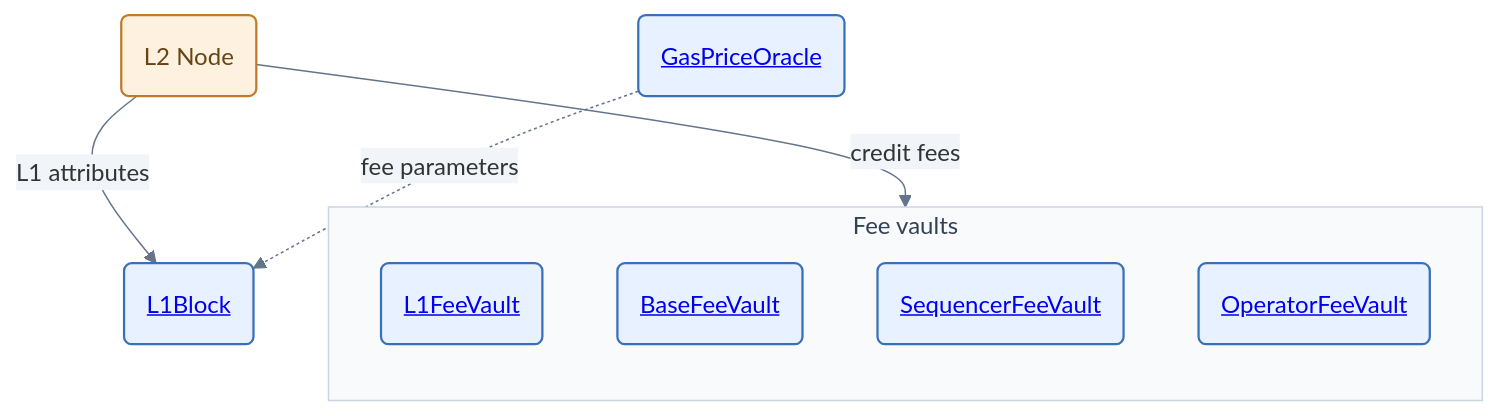
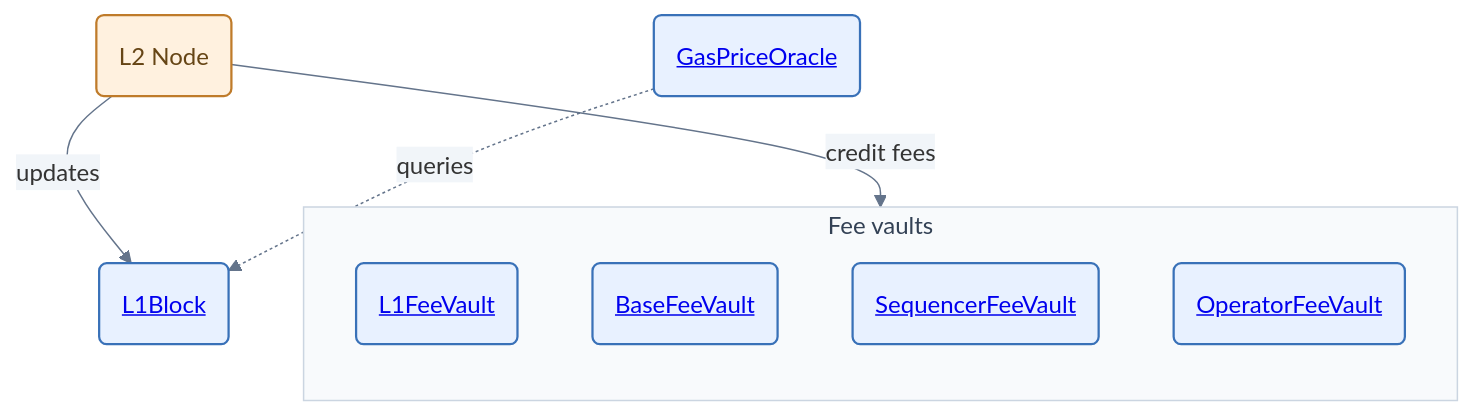
The third of 7 diagrams in specs/protocol/overview.md (ethereum-optimism/specs), drawn with Mermaid before and after one commit. The commit also changed other lines of this file, not shown here.

````diff
--- a/specs/protocol/overview.md
+++ b/specs/protocol/overview.md
@@ -151,24 +160,24 @@
 ```mermaid
 %%{init: {"theme": "base", "themeVariables": {"lineColor": "#64748b", "edgeLabelBackground": "#f1f5f9"}, "themeCSS": ".nodeLabel a { color: inherit !important; }"}}%%
 graph TB
     L2Node(L2 Node)
     L1Block(<a href="./predeploys.html#l1block">L1Block</a>)
     GasPriceOracle(<a href="./predeploys.html#gaspriceoracle">GasPriceOracle</a>)
     subgraph FeeVaults[Fee vaults]
         direction TB
         L1FeeVault(<a href="./predeploys.html#l1feevault">L1FeeVault</a>)
         BaseFeeVault(<a href="./predeploys.html#basefeevault">BaseFeeVault</a>)
         SequencerFeeVault(<a href="./predeploys.html#sequencerfeevault">SequencerFeeVault</a>)
         OperatorFeeVault(<a href="./predeploys.html#operator-fee-vault">OperatorFeeVault</a>)
     end
 
-    L2Node -->|L1 attributes| L1Block
+    L2Node -->|updates| L1Block
     L2Node -->|credit fees| FeeVaults
-    GasPriceOracle -.->|fee parameters| L1Block
+    GasPriceOracle -.->|queries| L1Block
 
     classDef proxy fill:#e8f1ff,stroke:#3971b8,color:#17375e,stroke-width:1.5px;
     classDef actor fill:#fff1df,stroke:#bf7b2a,color:#664515,stroke-width:1.5px;
     class L1Block,GasPriceOracle,L1FeeVault,BaseFeeVault,SequencerFeeVault,OperatorFeeVault proxy;
     class L2Node actor;
     style FeeVaults fill:#f8fafc,stroke:#cbd5e1,color:#334155;
 ```
````
